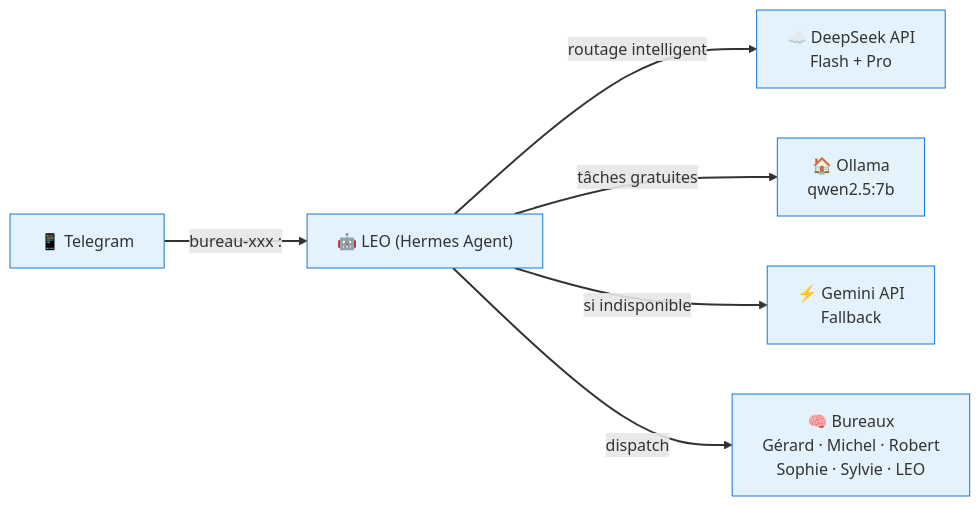
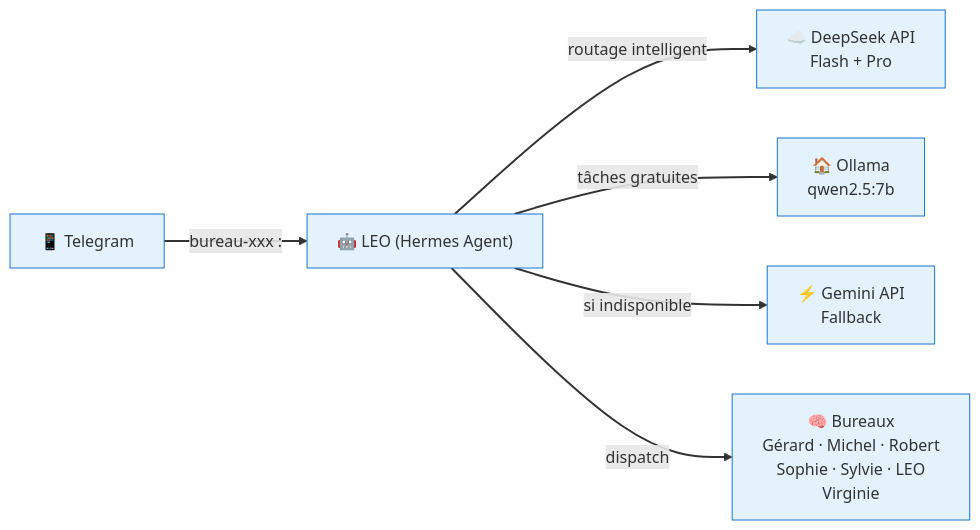
Before and after one commit to christophedanhier-hash/BAVI_LEO: the first of 3 diagrams in docs/index.md, drawn with Mermaid. The commit also changed other lines of this file and 1 other file, not shown here.

Commit message:
🩺 Nouveau bureau Virginie — orchestration médicale

````diff
--- a/docs/index.md
+++ b/docs/index.md
@@ -40,23 +41,23 @@
 ```mermaid
 flowchart LR
     Telegram["📱 Telegram"]
     LEO["🤖 LEO (Hermes Agent)"]
-    Bureaux["🧠 Bureaux<br/>Gérard · Michel · Robert<br/>Sophie · Sylvie · LEO"]
+    Bureaux["🧠 Bureaux<br/>Gérard · Michel · Robert<br/>Sophie · Sylvie · LEO<br/>Virginie"]
     DeepSeek["☁️ DeepSeek API<br/>Flash + Pro"]
     Ollama["🏠 Ollama<br/>qwen2.5:7b"]
     Gemini["⚡ Gemini API<br/>Fallback"]
 
     Telegram -->|"bureau-xxx : <demande>"| LEO
     LEO -->|"routage intelligent"| DeepSeek
     LEO -->|"tâches gratuites"| Ollama
     LEO -->|"si indisponible"| Gemini
     LEO -->|"dispatch"| Bureaux
 
     style Telegram fill:#e3f2fd,stroke:#1976d2
     style LEO fill:#e3f2fd,stroke:#1976d2
     style Bureaux fill:#e3f2fd,stroke:#1976d2
     style DeepSeek fill:#e3f2fd,stroke:#1976d2
     style Ollama fill:#e3f2fd,stroke:#1976d2
     style Gemini fill:#e3f2fd,stroke:#1976d2
     linkStyle default stroke-width:2px,fill:none
 ```
````
